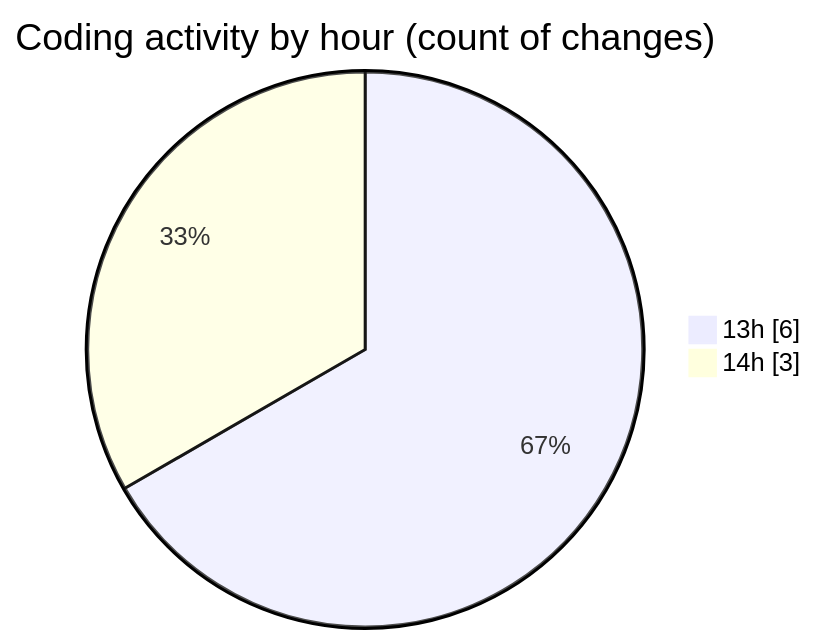
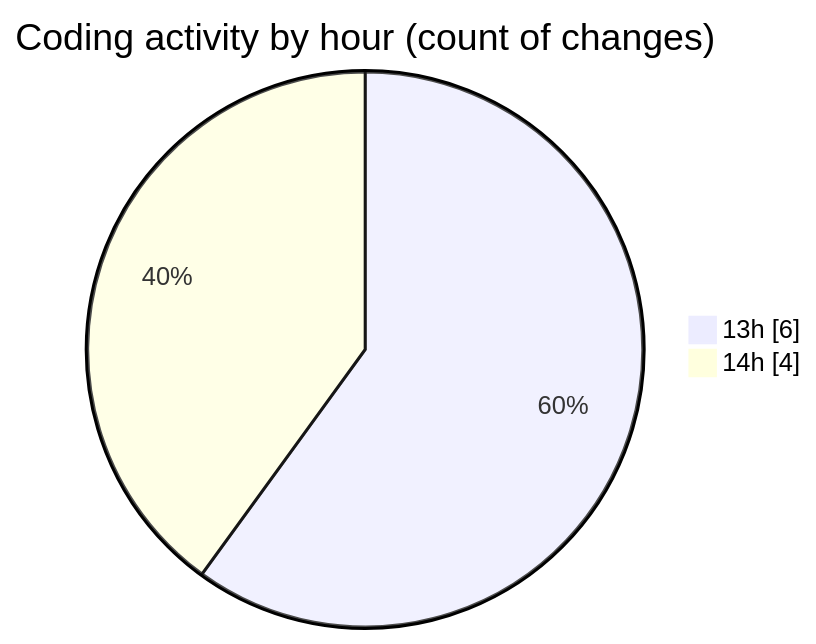
The second of 2 diagrams in 2025-05-17/niten/README.md (Elitesun/code-tracking), drawn with Mermaid before and after one commit. The commit also changed other lines of this file and 1 other file, not shown here.

````diff
--- a/2025-05-17/niten/README.md
+++ b/2025-05-17/niten/README.md
@@ -31,6 +31,6 @@
 ```mermaid
 pie showData
 title Coding activity by hour (count of changes)
 "13h" : 6
-"14h" : 3
+"14h" : 4
 ```
````
